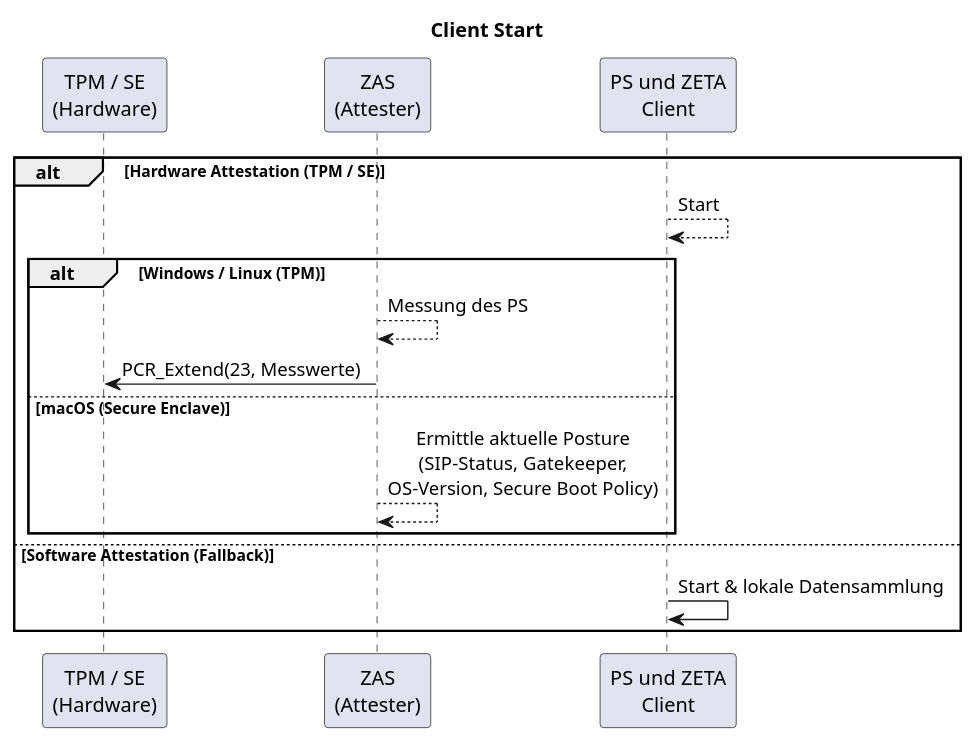
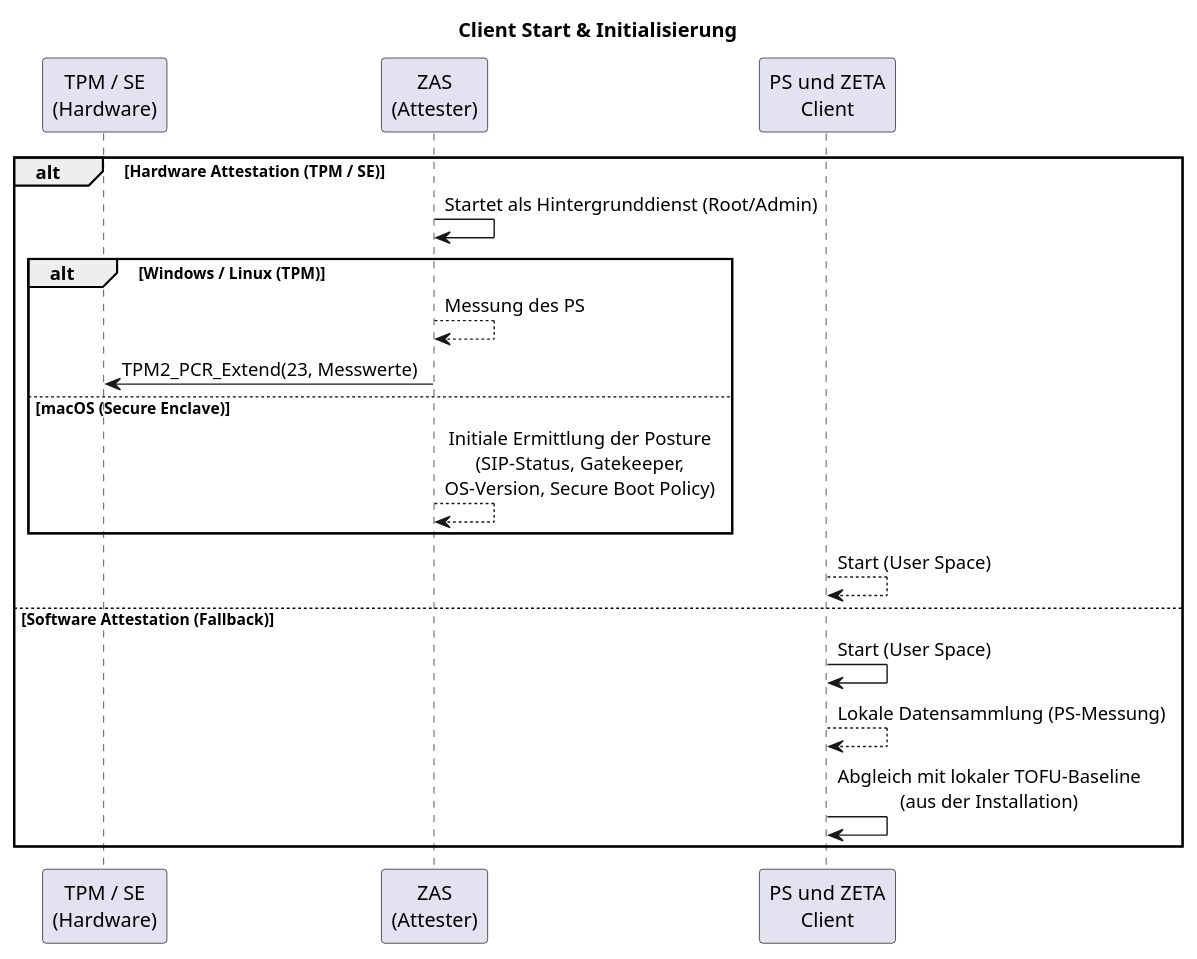
The diagram in src/plantuml/tmp/attestation-flows/client-start.puml (gematik/zeta), drawn with PlantUML before and after one commit. The commit also changed 4 other files, not shown here.

Commit message:
refactor: update attestation flow diagrams, refine initialization logic, and remove obsolete markdown documentation files

```diff
--- a/src/plantuml/tmp/attestation-flows/client-start.puml
+++ b/src/plantuml/tmp/attestation-flows/client-start.puml
@@ -1,21 +1,27 @@
 @startuml "client-start"
 skinparam sequenceMessageAlign center
-title Client Start
+title Client Start & Initialisierung
 
 participant "TPM / SE\n(Hardware)" as TPM
 participant "ZAS\n(Attester)" as ZAS
 participant "PS und ZETA\nClient" as Client
 
 alt Hardware Attestation (TPM / SE)
-    Client --> Client: Start
+    ZAS -> ZAS: Startet als Hintergrunddienst (Root/Admin)
+    
     alt Windows / Linux (TPM)
         ZAS --> ZAS: Messung des PS
-        ZAS -> TPM: PCR_Extend(23, Messwerte)
+        ZAS -> TPM: TPM2_PCR_Extend(23, Messwerte)
     else macOS (Secure Enclave)
-        ZAS --> ZAS: Ermittle aktuelle Posture\n(SIP-Status, Gatekeeper,\nOS-Version, Secure Boot Policy)
+        ZAS --> ZAS: Initiale Ermittlung der Posture\n(SIP-Status, Gatekeeper,\nOS-Version, Secure Boot Policy)
     end
+    
+    Client --> Client: Start (User Space)
+
 else Software Attestation (Fallback)
-    Client -> Client: Start & lokale Datensammlung
+    Client -> Client: Start (User Space)
+    Client --> Client: Lokale Datensammlung (PS-Messung)
+    Client -> Client: Abgleich mit lokaler TOFU-Baseline\n(aus der Installation)
 end
 
 @enduml
```
